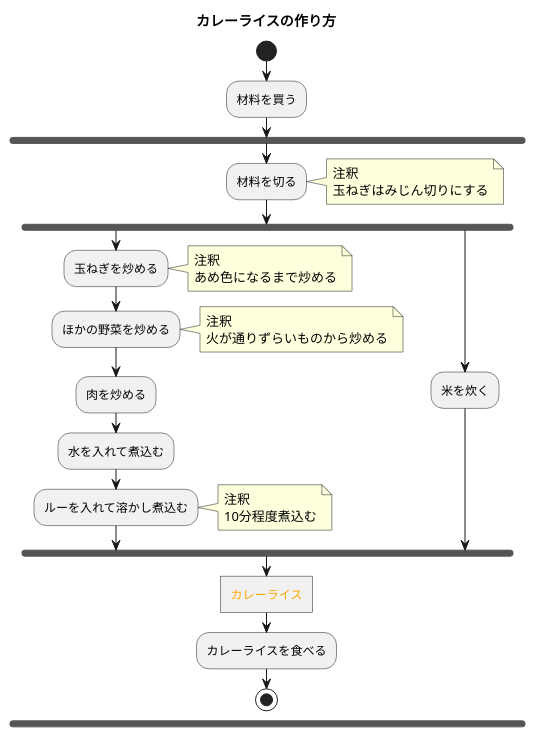
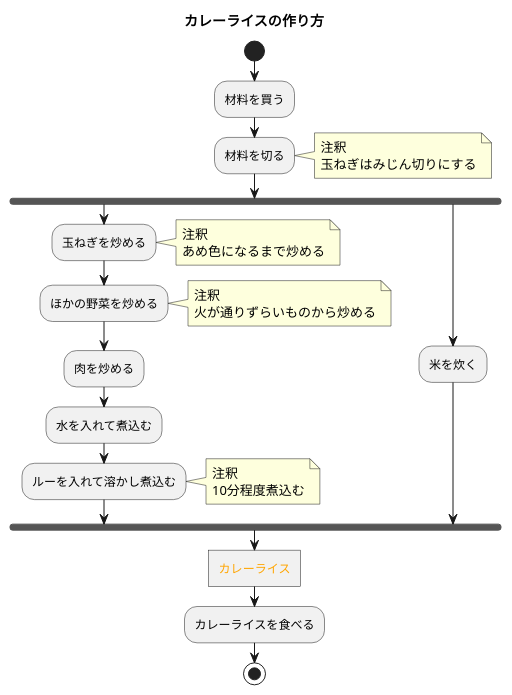
The diagram in 7章練習_ACカレーライス.pu (eiki4221113/uml_introdaction), drawn with PlantUML before and after one commit.

Commit message:
修正

```diff
--- a/7章練習_ACカレーライス.pu
+++ b/7章練習_ACカレーライス.pu
@@ -1,35 +1,35 @@
 @startuml カレーライス
 title カレーライスの作り方
 start
 :材料を買う;
-fork
+
 :材料を切る;
 note right
 注釈
 玉ねぎはみじん切りにする
 end note
 fork
 :玉ねぎを炒める;
 note right
 注釈
 あめ色になるまで炒める
 end note
 :ほかの野菜を炒める;
 note right
 注釈
 火が通りずらいものから炒める
 end note
 :肉を炒める;
 :水を入れて煮込む;
 :ルーを入れて溶かし煮込む;
 note right
 注釈
 10分程度煮込む
 end note
 fork again
 :米を炊く;
 end fork
 :<color:Orange>カレーライス]
 :カレーライスを食べる;
 stop
 @enduml
```
